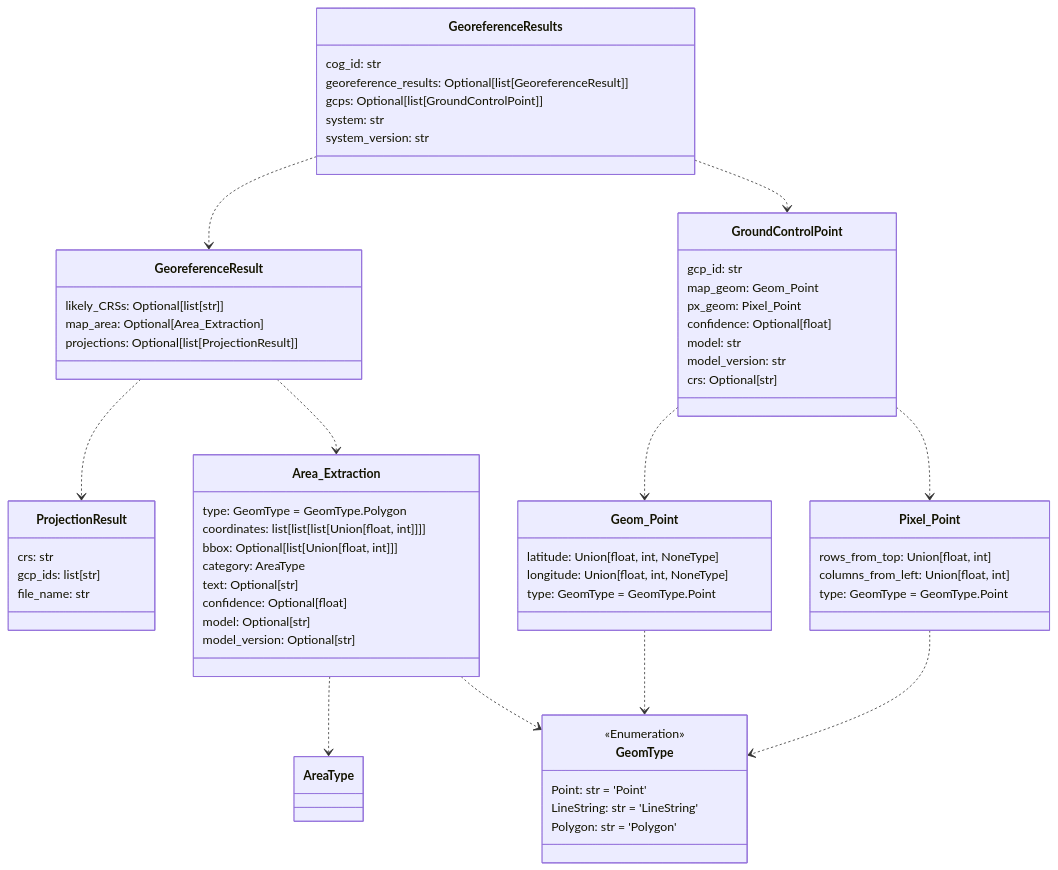
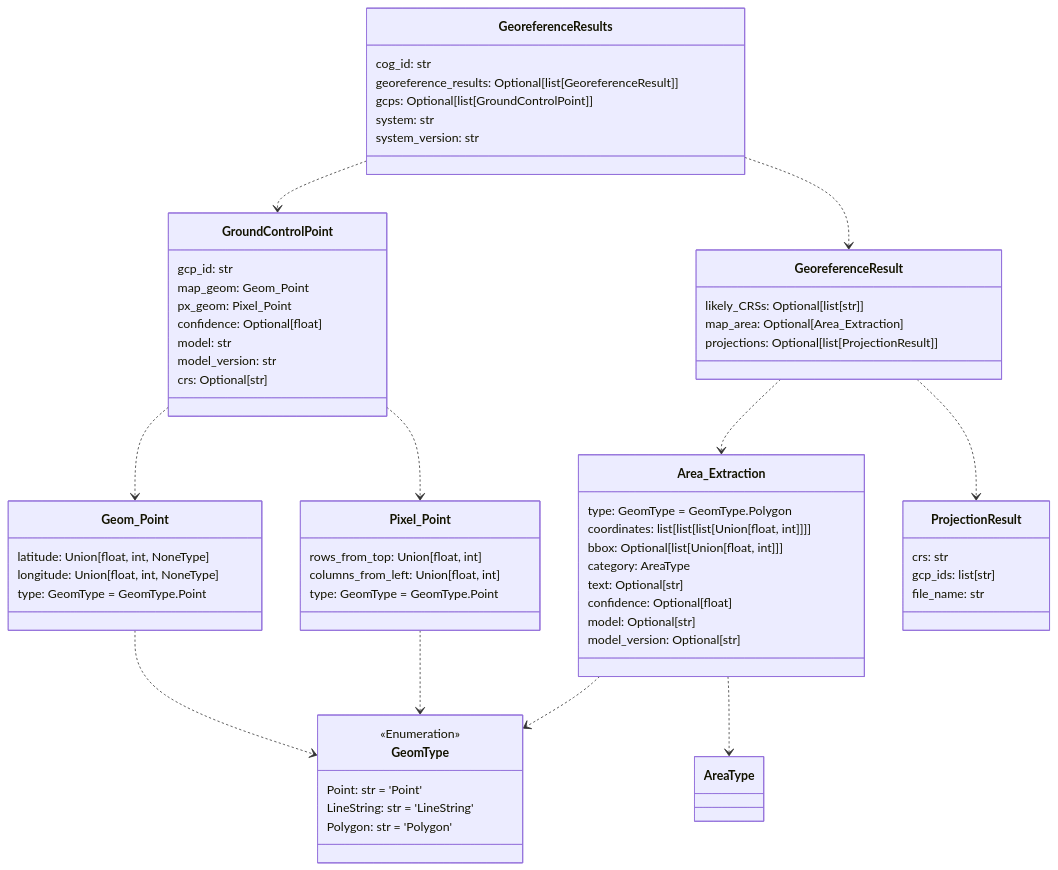
One commit to DARPA-CRITICALMAAS/cdr_schemas changed the first of 4 diagrams in README.md. Above: the diagram before and after it, drawn with Mermaid. The commit also changed other lines of this file, not shown here.

Commit message:
Show point

````diff
--- a/README.md
+++ b/README.md
@@ -50,76 +50,76 @@
 ```mermaid
 classDiagram
 
-    class GeomType {
-        <<Enumeration>>
-        Point: str = 'Point'
-        LineString: str = 'LineString'
-        Polygon: str = 'Polygon'
-    }
-
-    class GeoreferenceResults {
-        cog_id: str
-        georeference_results: Optional[list[GeoreferenceResult]]
-        gcps: Optional[list[GroundControlPoint]]
-        system: str
-        system_version: str
+    class GroundControlPoint {
+        gcp_id: str
+        map_geom: Geom_Point
+        px_geom: Pixel_Point
+        confidence: Optional[float]
+        model: str
+        model_version: str
+        crs: Optional[str]
     }
 
     class ProjectionResult {
         crs: str
         gcp_ids: list[str]
         file_name: str
     }
 
-    class Pixel_Point {
-        rows_from_top: Union[float, int]
-        columns_from_left: Union[float, int]
-        type: GeomType = GeomType.Point
-    }
-
     class GeoreferenceResult {
         likely_CRSs: Optional[list[str]]
         map_area: Optional[Area_Extraction]
         projections: Optional[list[ProjectionResult]]
+    }
+
+    class Geom_Point {
+        latitude: Union[float, int, NoneType]
+        longitude: Union[float, int, NoneType]
+        type: GeomType = GeomType.Point
     }
 
     class Area_Extraction {
         type: GeomType = GeomType.Polygon
         coordinates: list[list[list[Union[float, int]]]]
         bbox: Optional[list[Union[float, int]]]
         category: AreaType
         text: Optional[str]
         confidence: Optional[float]
         model: Optional[str]
         model_version: Optional[str]
     }
 
-    class GroundControlPoint {
-        gcp_id: str
-        map_geom: Geom_Point
-        px_geom: Pixel_Point
-        confidence: Optional[float]
-        model: str
-        model_version: str
-        crs: Optional[str]
+    class GeomType {
+        <<Enumeration>>
+        Point: str = 'Point'
+        LineString: str = 'LineString'
+        Polygon: str = 'Polygon'
     }
 
-    class Geom_Point {
-        latitude: Union[float, int, NoneType]
-        longitude: Union[float, int, NoneType]
+    class Pixel_Point {
+        rows_from_top: Union[float, int]
+        columns_from_left: Union[float, int]
         type: GeomType = GeomType.Point
     }
 
+    class GeoreferenceResults {
+        cog_id: str
+        georeference_results: Optional[list[GeoreferenceResult]]
+        gcps: Optional[list[GroundControlPoint]]
+        system: str
+        system_version: str
+    }
+
+    Area_Extraction ..> GeomType
     Area_Extraction ..> AreaType
-    Area_Extraction ..> GeomType
     Geom_Point ..> GeomType
     Pixel_Point ..> GeomType
+    GroundControlPoint ..> Geom_Point
     GroundControlPoint ..> Pixel_Point
-    GroundControlPoint ..> Geom_Point
+    GeoreferenceResult ..> Area_Extraction
     GeoreferenceResult ..> ProjectionResult
-    GeoreferenceResult ..> Area_Extraction
+    GeoreferenceResults ..> GroundControlPoint
     GeoreferenceResults ..> GeoreferenceResult
-    GeoreferenceResults ..> GroundControlPoint
 
 
 ```
````
